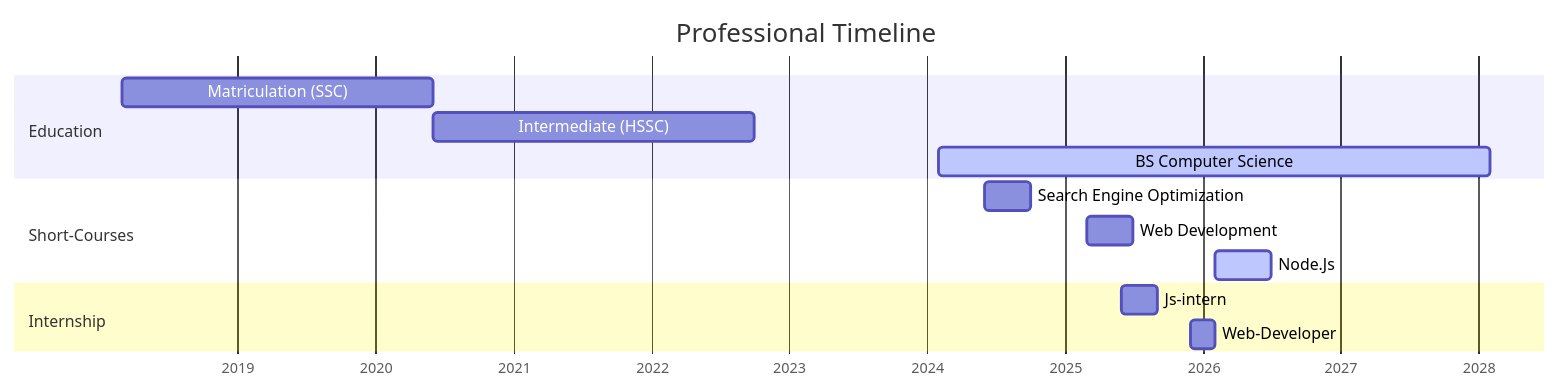
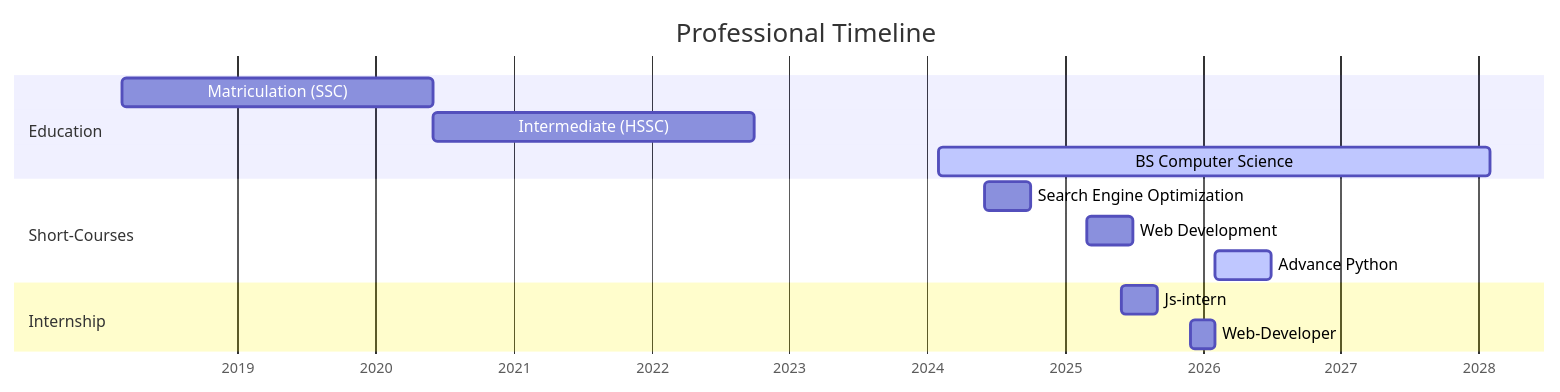
Before and after one commit to ahmadubaid061/ahmadubaid061: the diagram in README.md, drawn with Mermaid.

````diff
--- a/README.md
+++ b/README.md
@@ -62,24 +62,24 @@
 ```mermaid
 gantt
     title Professional Timeline
     dateFormat  YYYY-MM
     axisFormat %Y
     
     section Education
     Matriculation (SSC) :a1, 2018-03, 2020-06
     Intermediate (HSSC) :a2, after a1, 2022-10
     BS Computer Science :active, a3, 2024-02, 2028-02
     
 
     section Short-Courses
     Search Engine Optimization:a4, 2024-06,2024-10
     Web Development :a5, 2025-03,2025-07
-    Node.Js         :active,a6, 2026-02,2026-07
+    Advance Python         :active,a6, 2026-02,2026-07
     
 
     section Internship
     Js-intern  :a7,2025-06,2025-09
     Web-Developer :a8, 2025-12, 2026-02
 
     
 ```
````
